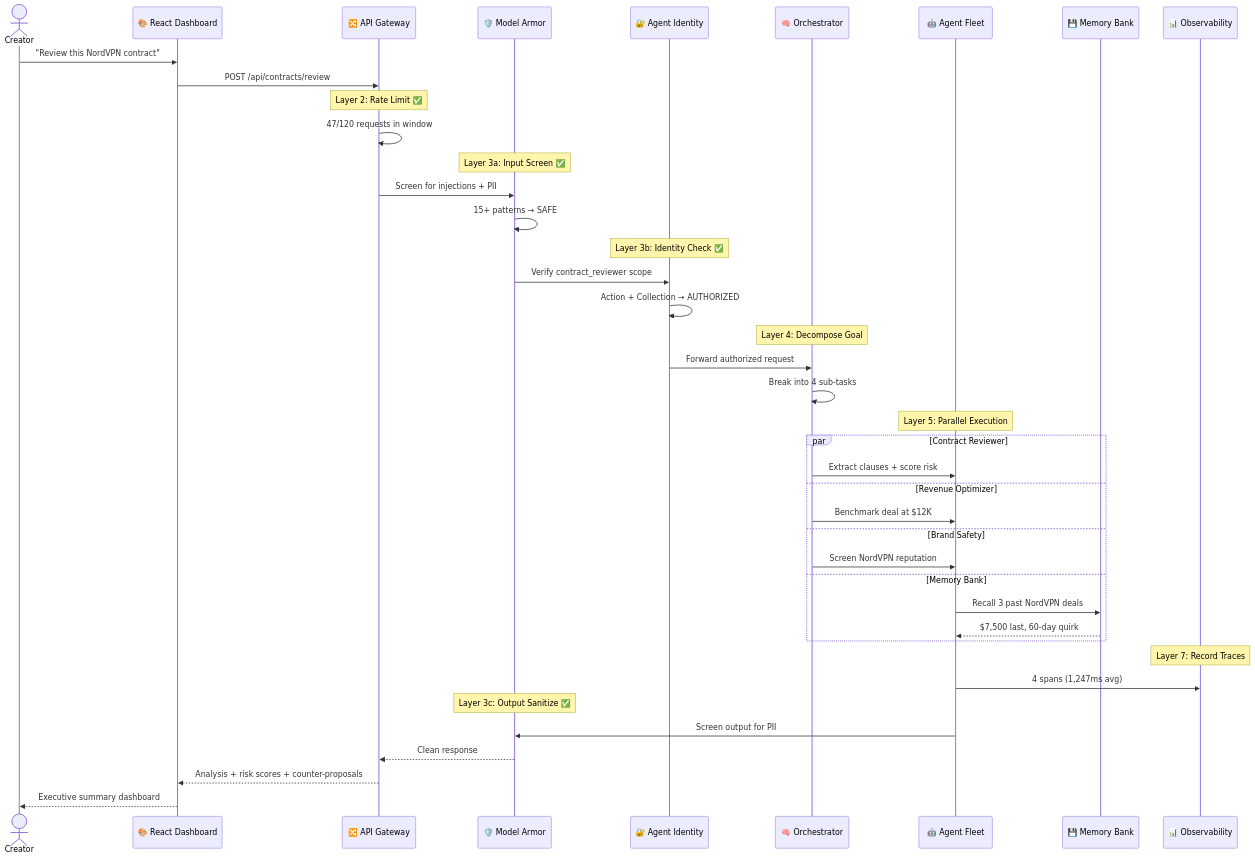
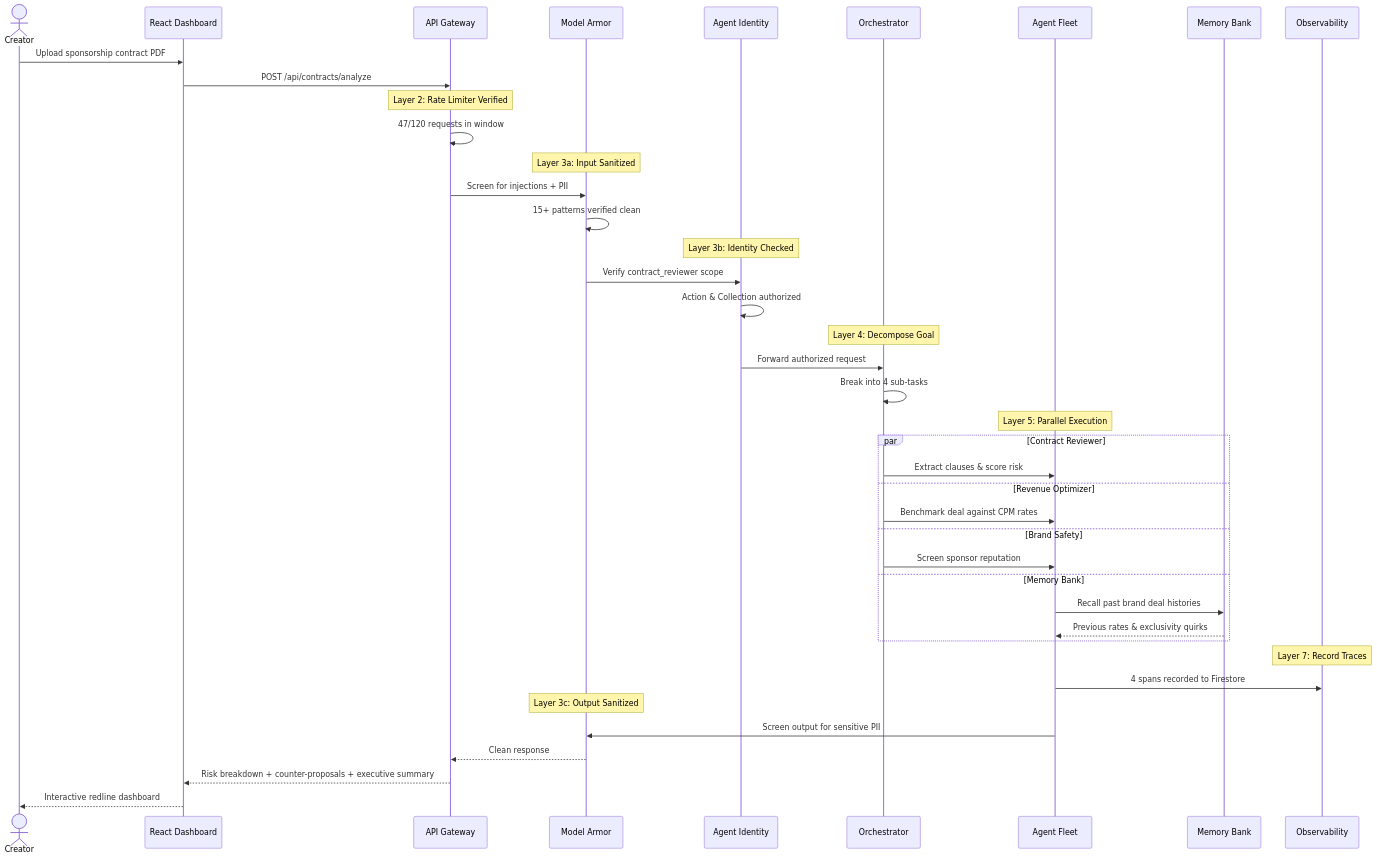
The fifth of 6 diagrams in README.md (z-lovejeet/Crewmate), drawn with Mermaid before and after one commit. The commit also changed other lines of this file and 2 other files, not shown here.

````diff
--- a/README.md
+++ b/README.md
@@ -287,52 +317,52 @@
 ```mermaid
 sequenceDiagram
     actor Creator
-    participant UI as 🎨 React Dashboard
-    participant GW as 🔀 API Gateway
-    participant MA as 🛡️ Model Armor
-    participant ID as 🔐 Agent Identity
-    participant ORCH as 🧠 Orchestrator
-    participant AGENTS as 🤖 Agent Fleet
-    participant MEM as 💾 Memory Bank
-    participant OTEL as 📊 Observability
+    participant UI as React Dashboard
+    participant GW as API Gateway
+    participant MA as Model Armor
+    participant ID as Agent Identity
+    participant ORCH as Orchestrator
+    participant AGENTS as Agent Fleet
+    participant MEM as Memory Bank
+    participant OTEL as Observability
 
-    Creator->>UI: "Review this NordVPN contract"
-    UI->>GW: POST /api/contracts/review
+    Creator->>UI: Upload sponsorship contract PDF
+    UI->>GW: POST /api/contracts/analyze
 
-    Note over GW: Layer 2: Rate Limit ✅
+    Note over GW: Layer 2: Rate Limiter Verified
     GW->>GW: 47/120 requests in window
 
-    Note over MA: Layer 3a: Input Screen ✅
+    Note over MA: Layer 3a: Input Sanitized
     GW->>MA: Screen for injections + PII
-    MA->>MA: 15+ patterns → SAFE
+    MA->>MA: 15+ patterns verified clean
 
-    Note over ID: Layer 3b: Identity Check ✅
+    Note over ID: Layer 3b: Identity Checked
     MA->>ID: Verify contract_reviewer scope
-    ID->>ID: Action + Collection → AUTHORIZED
+    ID->>ID: Action & Collection authorized
 
     Note over ORCH: Layer 4: Decompose Goal
     ID->>ORCH: Forward authorized request
     ORCH->>ORCH: Break into 4 sub-tasks
 
     Note over AGENTS: Layer 5: Parallel Execution
     par Contract Reviewer
-        ORCH->>AGENTS: Extract clauses + score risk
+        ORCH->>AGENTS: Extract clauses & score risk
     and Revenue Optimizer
-        ORCH->>AGENTS: Benchmark deal at $12K
+        ORCH->>AGENTS: Benchmark deal against CPM rates
     and Brand Safety
-        ORCH->>AGENTS: Screen NordVPN reputation
+        ORCH->>AGENTS: Screen sponsor reputation
     and Memory Bank
-        AGENTS->>MEM: Recall 3 past NordVPN deals
-        MEM-->>AGENTS: $7,500 last, 60-day quirk
+        AGENTS->>MEM: Recall past brand deal histories
+        MEM-->>AGENTS: Previous rates & exclusivity quirks
     end
 
     Note over OTEL: Layer 7: Record Traces
-    AGENTS->>OTEL: 4 spans (1,247ms avg)
+    AGENTS->>OTEL: 4 spans recorded to Firestore
 
-    Note over MA: Layer 3c: Output Sanitize ✅
-    AGENTS->>MA: Screen output for PII
+    Note over MA: Layer 3c: Output Sanitized
+    AGENTS->>MA: Screen output for sensitive PII
     MA-->>GW: Clean response
 
-    GW-->>UI: Analysis + risk scores + counter-proposals
-    UI-->>Creator: Executive summary dashboard
+    GW-->>UI: Risk breakdown + counter-proposals + executive summary
+    UI-->>Creator: Interactive redline dashboard
 ```
````
